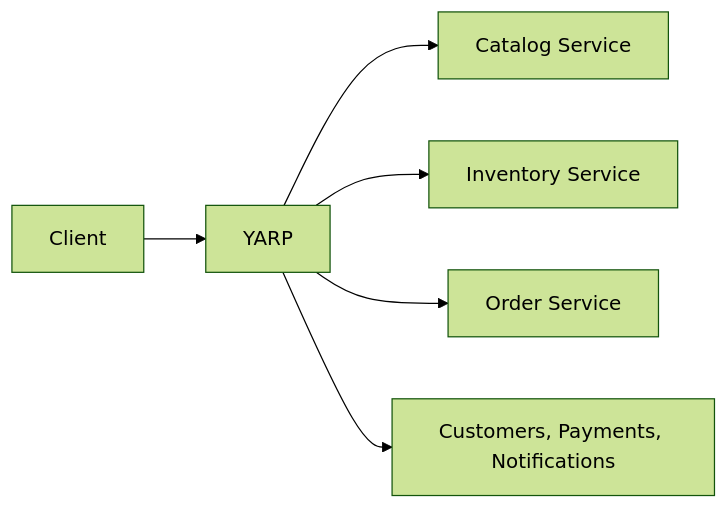
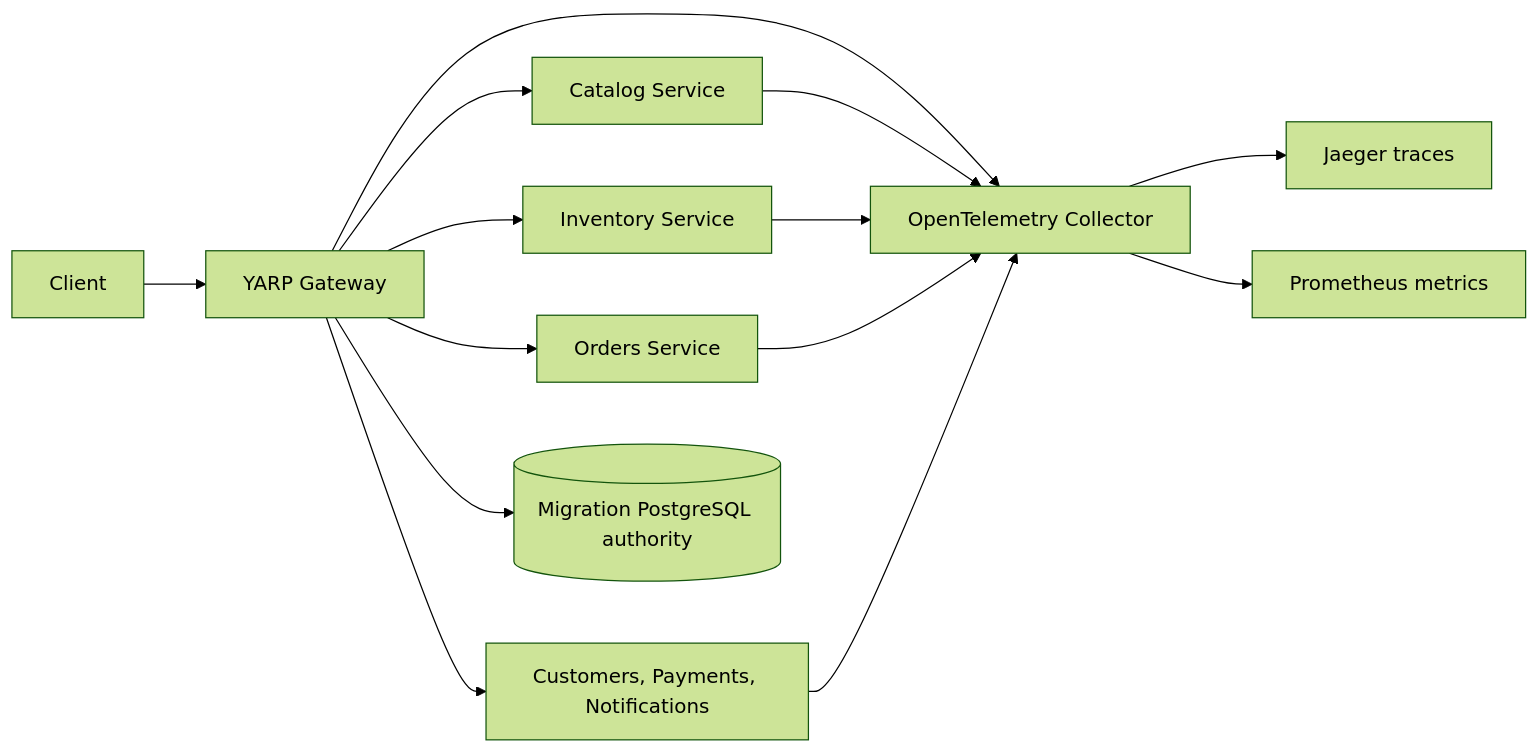
Before and after one commit to erkinemre/StranglerForge: the diagram in docs/migration/migration-roadmap.md, drawn with Mermaid (forest theme). The commit also changed other lines of this file and 72 other files, not shown here.

````diff
--- a/docs/migration/migration-roadmap.md
+++ b/docs/migration/migration-roadmap.md
@@ -14,8 +16,12 @@
 ```mermaid
 flowchart LR
-  Client --> Gateway[YARP]
+  Client --> Gateway[YARP Gateway]
   Gateway --> Catalog[Catalog Service]
   Gateway --> Inventory[Inventory Service]
-  Gateway --> Orders[Order Service]
+  Gateway --> Orders[Orders Service]
   Gateway --> Legacy[Customers, Payments, Notifications]
+  Gateway --> Authority[(Migration PostgreSQL authority)]
+  Gateway & Catalog & Inventory & Orders & Legacy --> Collector[OpenTelemetry Collector]
+  Collector --> Jaeger[Jaeger traces]
+  Collector --> Prometheus[Prometheus metrics]
 ```
````
